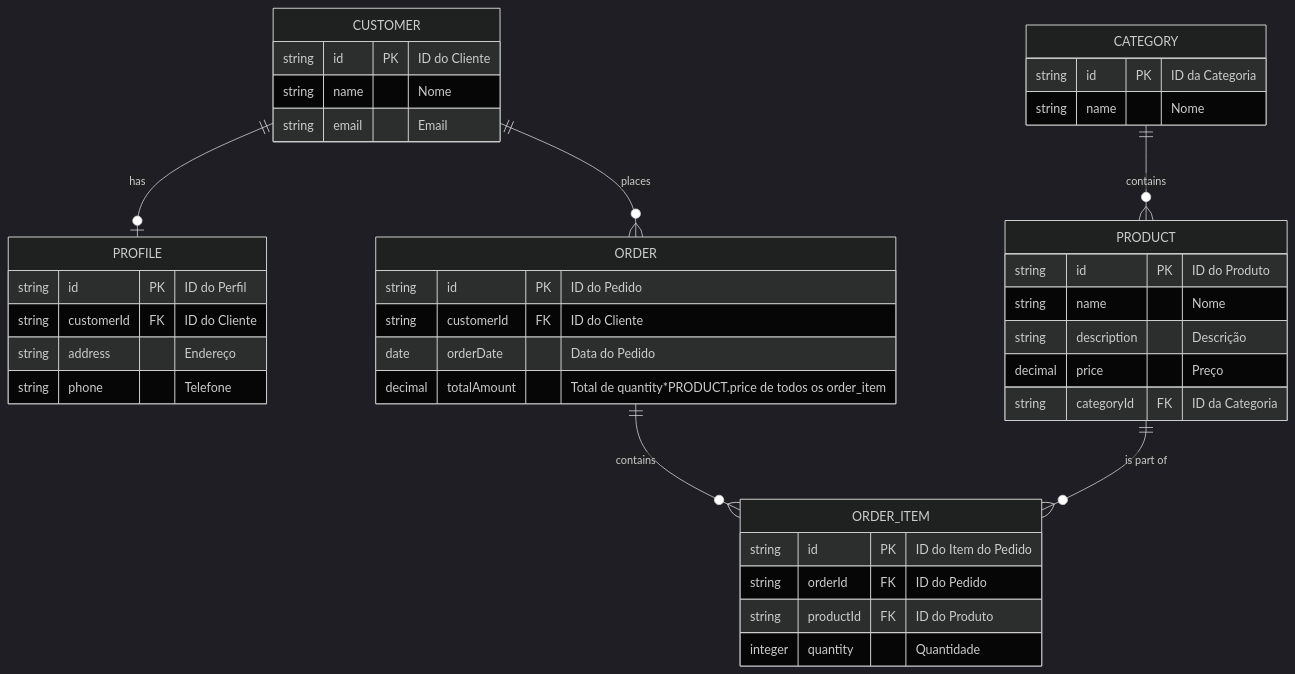
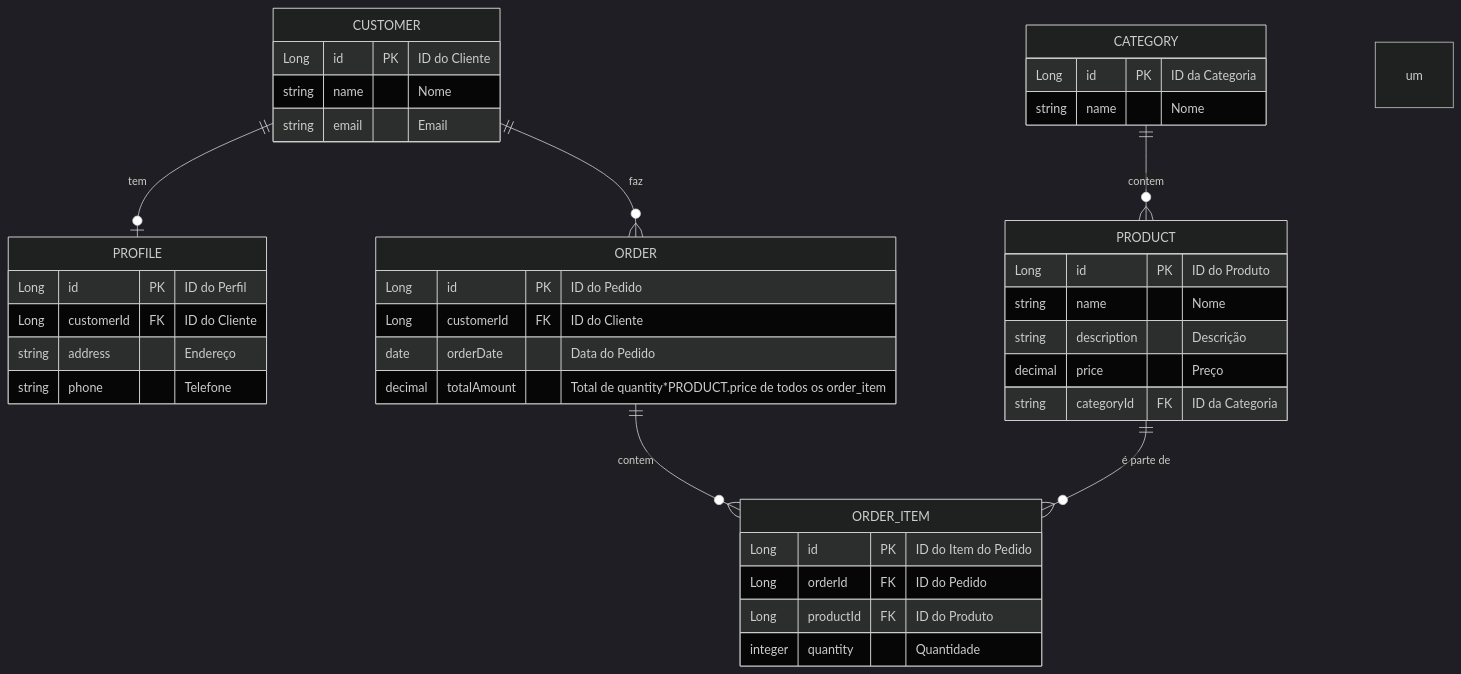
The diagram in README.md (GeovanaMat/API-REST-E-Commerce), drawn with Mermaid (dark theme) before and after one commit.

````diff
--- a/README.md
+++ b/README.md
@@ -15,43 +15,43 @@
 ```mermaid
 erDiagram
     CUSTOMER {
-        string id PK "ID do Cliente"
+        Long id PK "ID do Cliente"
         string name "Nome"
         string email "Email"
     }
     PROFILE {
-        string id PK "ID do Perfil"
-        string customerId FK "ID do Cliente"
+        Long id PK "ID do Perfil"
+        Long customerId FK "ID do Cliente"
         string address "Endereço"
         string phone "Telefone"
     }
     CATEGORY {
-        string id PK "ID da Categoria"
+        Long id PK "ID da Categoria"
         string name "Nome"
     }
     PRODUCT {
-        string id PK "ID do Produto"
+        Long id PK "ID do Produto"
         string name "Nome"
         string description "Descrição"
         decimal price "Preço"
         string categoryId FK "ID da Categoria"
     }
     ORDER {
-        string id PK "ID do Pedido"
-        string customerId FK "ID do Cliente"
+        Long id PK "ID do Pedido"
+        Long customerId FK "ID do Cliente"
         date orderDate "Data do Pedido"
         decimal totalAmount "Total de quantity*PRODUCT.price de todos os order_item"
     }
     ORDER_ITEM {
-        string id PK "ID do Item do Pedido"
-        string orderId FK "ID do Pedido"
-        string productId FK "ID do Produto"
+        Long id PK "ID do Item do Pedido"
+        Long orderId FK "ID do Pedido"
+        Long productId FK "ID do Produto"
         integer quantity "Quantidade"
     }
 
-    CUSTOMER ||--o| PROFILE : has
-    CATEGORY ||--o{ PRODUCT : contains
-    PRODUCT ||--o{ ORDER_ITEM : "is part of"
-    ORDER ||--o{ ORDER_ITEM : "contains"
-    CUSTOMER ||--o{ ORDER : places
+    CUSTOMER ||--o| PROFILE : tem um
+    CATEGORY ||--o{ PRODUCT : contem
+    PRODUCT ||--o{ ORDER_ITEM : "é parte de"
+    ORDER ||--o{ ORDER_ITEM : "contem"
+    CUSTOMER ||--o{ ORDER : faz
 ```
````
